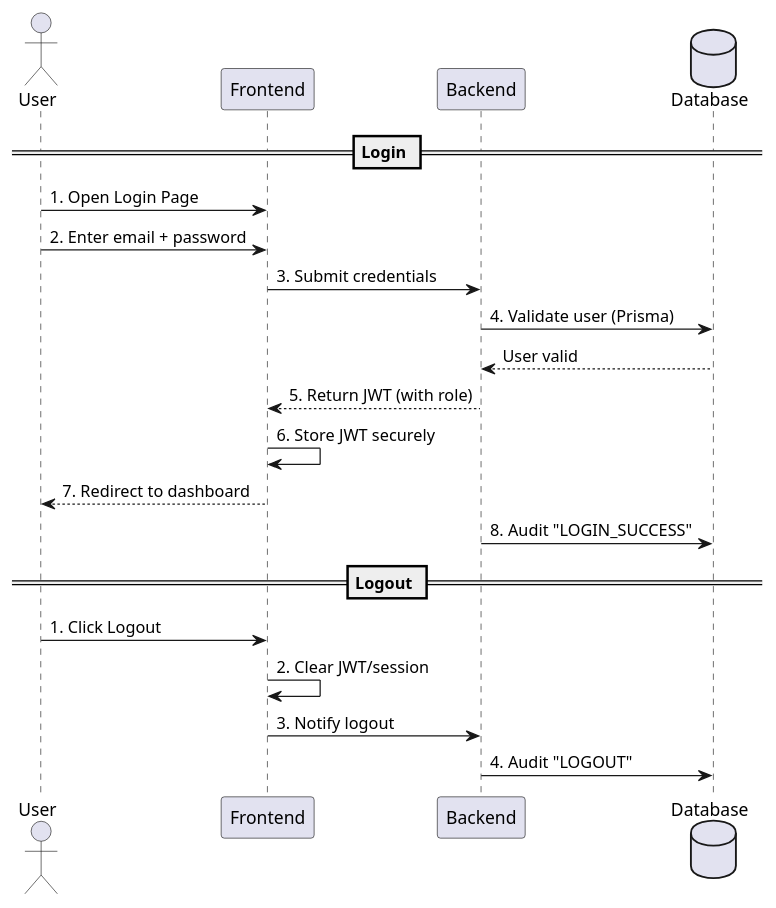
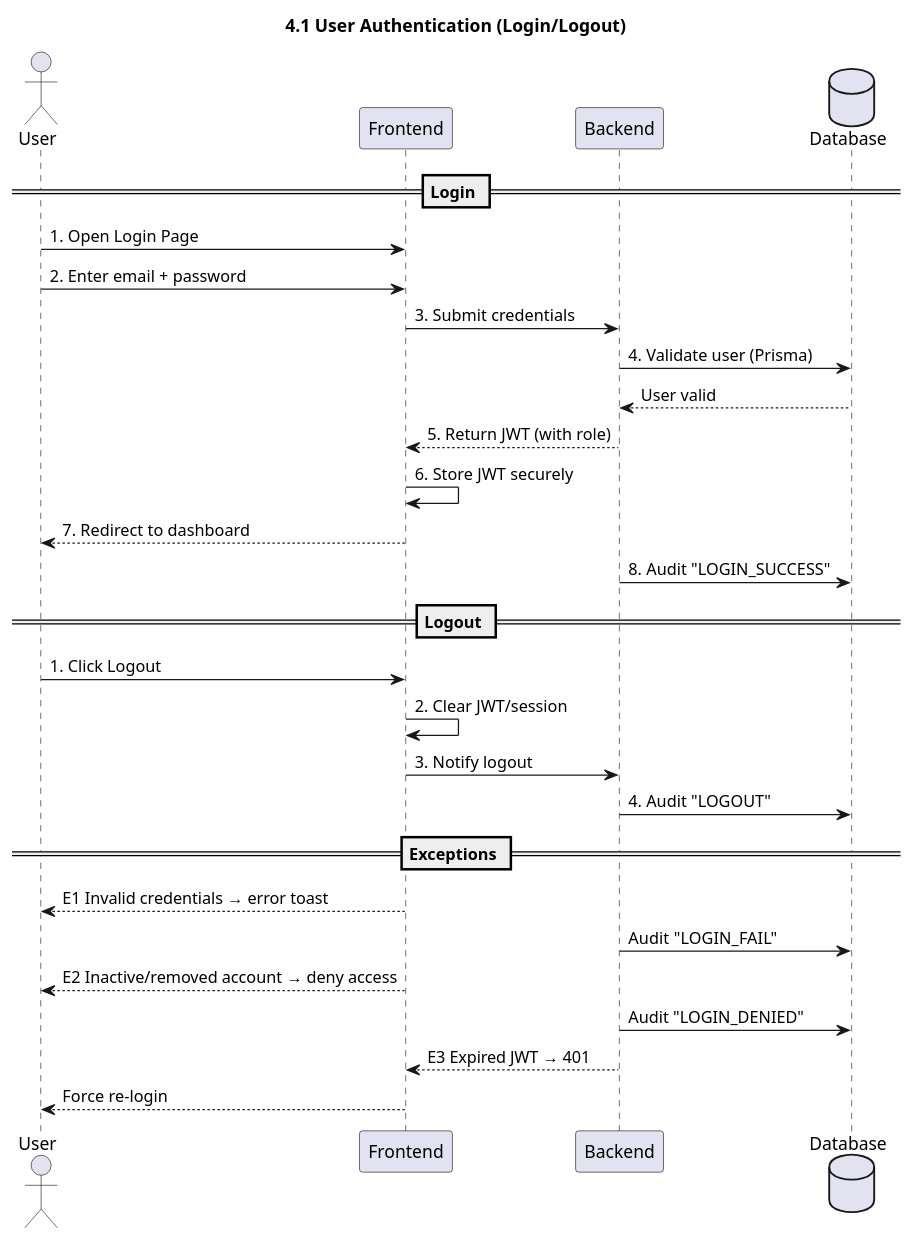
The diagram in Sequence Diagram Model/4.1_UserAuth.puml (chae-oop/Sequence-Model-ubcms), drawn with PlantUML before and after one commit. The commit also changed 7 other files, not shown here.

```diff
--- a/Sequence Diagram Model/4.1_UserAuth.puml
+++ b/Sequence Diagram Model/4.1_UserAuth.puml
@@ -1,23 +1,36 @@
-@startuml UserAuth
+@startuml
+title 4.1 User Authentication (Login/Logout)
+
 actor User
 participant Frontend
 participant Backend
 database Database
 
 == Login ==
 User -> Frontend: 1. Open Login Page
 User -> Frontend: 2. Enter email + password
 Frontend -> Backend: 3. Submit credentials
 Backend -> Database: 4. Validate user (Prisma)
 Database --> Backend: User valid
 Backend --> Frontend: 5. Return JWT (with role)
 Frontend -> Frontend: 6. Store JWT securely
 Frontend --> User: 7. Redirect to dashboard
 Backend -> Database: 8. Audit "LOGIN_SUCCESS"
 
 == Logout ==
 User -> Frontend: 1. Click Logout
 Frontend -> Frontend: 2. Clear JWT/session
 Frontend -> Backend: 3. Notify logout
 Backend -> Database: 4. Audit "LOGOUT"
+
+== Exceptions ==
+Frontend --> User: E1 Invalid credentials → error toast
+Backend -> Database: Audit "LOGIN_FAIL"
+
+Frontend --> User: E2 Inactive/removed account → deny access
+Backend -> Database: Audit "LOGIN_DENIED"
+
+Backend --> Frontend: E3 Expired JWT → 401
+Frontend --> User: Force re-login
+
 @enduml
```
